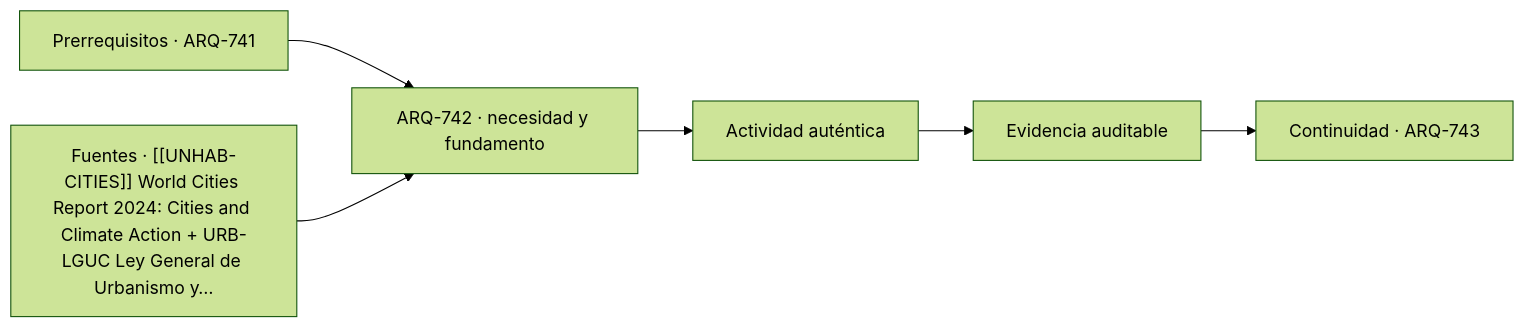
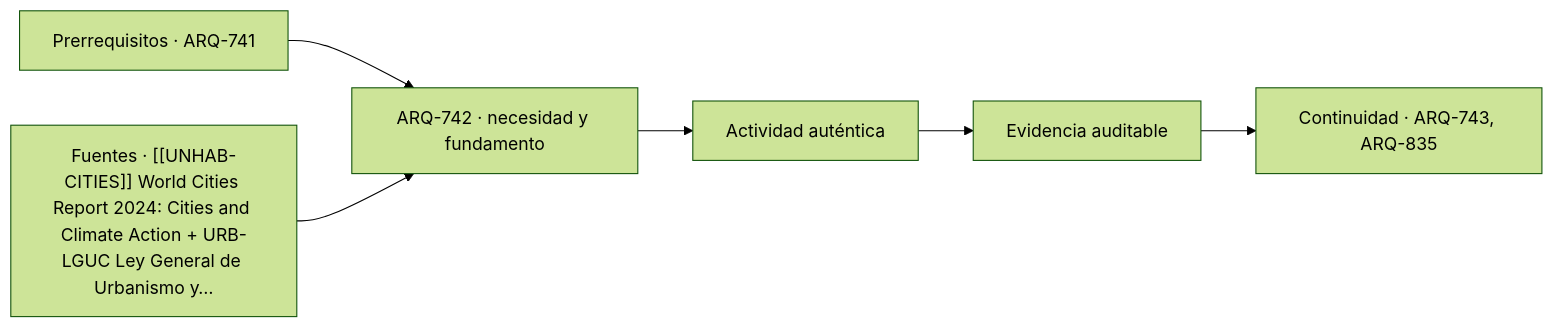
One commit to vladimiracunadev-create/architecture-built-environment-learning-program changed the second of 2 diagrams in classes/parte-75/ARQ-742.md. Above: the diagram before and after it, drawn with Mermaid (forest theme). The commit also changed other lines of this file and 182 other files, not shown here.

````diff
--- a/classes/parte-75/ARQ-742.md
+++ b/classes/parte-75/ARQ-742.md
@@ -161,8 +161,8 @@
 ```mermaid
 flowchart LR
     A["Prerrequisitos · ARQ-741"] --> B["ARQ-742 · necesidad y fundamento"]
     S["Fuentes · [[UNHAB-CITIES]] World Cities Report 2024: Cities and Climate Action + URB-LGUC Ley General de Urbanismo y…"] --> B
     B --> C["Actividad auténtica"]
     C --> D["Evidencia auditable"]
-    D --> E["Continuidad · ARQ-743"]
+    D --> E["Continuidad · ARQ-743, ARQ-835"]
 ```
````
